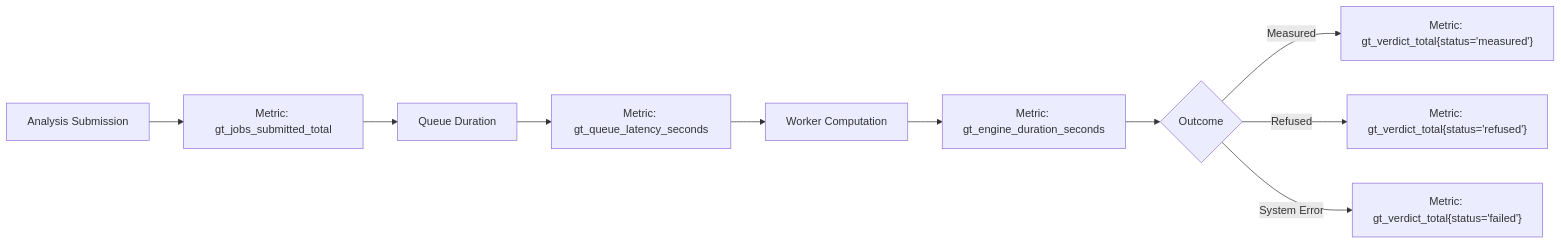
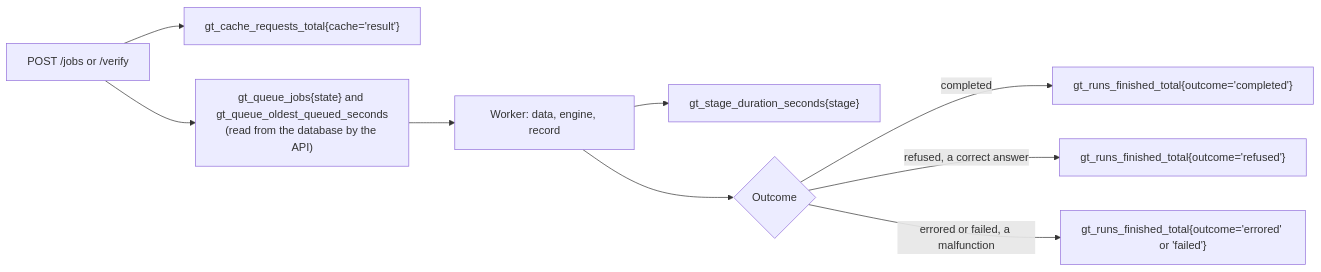
The second of 2 diagrams in docs/operations/README.md (Viraj281105/GroundTruth), drawn with Mermaid before and after one commit. The commit also changed other lines of this file and 44 other files, not shown here.

````diff
--- a/docs/operations/README.md
+++ b/docs/operations/README.md
@@ -73,10 +77,10 @@
 ```mermaid
 flowchart LR
-    A["Analysis Submission"] --> B["Metric: gt_jobs_submitted_total"]
-    B --> C["Queue Duration"] --> D["Metric: gt_queue_latency_seconds"]
-    D --> E["Worker Computation"] --> F["Metric: gt_engine_duration_seconds"]
-    F --> G{"Outcome"}
-    G -->|Measured| H["Metric: gt_verdict_total{status='measured'}"]
-    G -->|Refused| I["Metric: gt_verdict_total{status='refused'}"]
-    G -->|System Error| J["Metric: gt_verdict_total{status='failed'}"]
+    S["POST /jobs or /verify"] --> C["gt_cache_requests_total{cache='result'}"]
+    S --> Q["gt_queue_jobs{state} and gt_queue_oldest_queued_seconds<br/>(read from the database by the API)"]
+    Q --> W["Worker: data, engine, record"] --> D["gt_stage_duration_seconds{stage}"]
+    W --> O{"Outcome"}
+    O -->|completed| R1["gt_runs_finished_total{outcome='completed'}"]
+    O -->|refused, a correct answer| R2["gt_runs_finished_total{outcome='refused'}"]
+    O -->|errored or failed, a malfunction| R3["gt_runs_finished_total{outcome='errored' or 'failed'}"]
 ```
````
